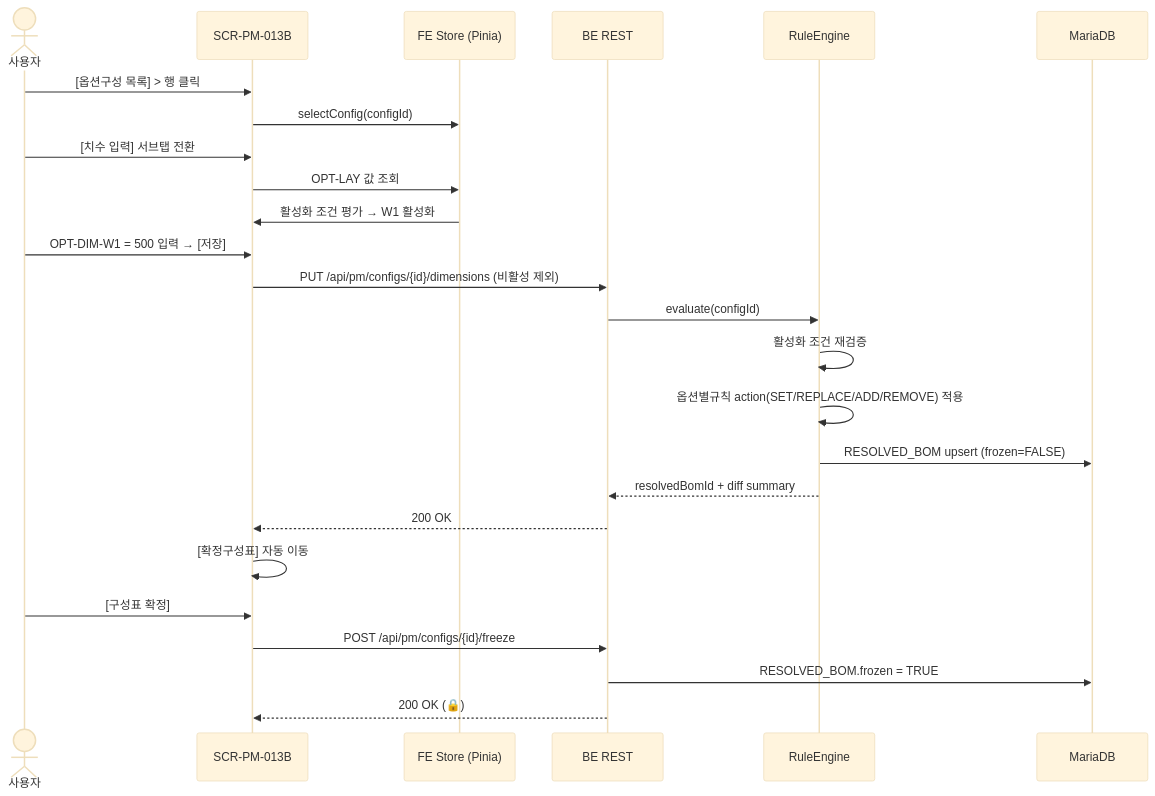
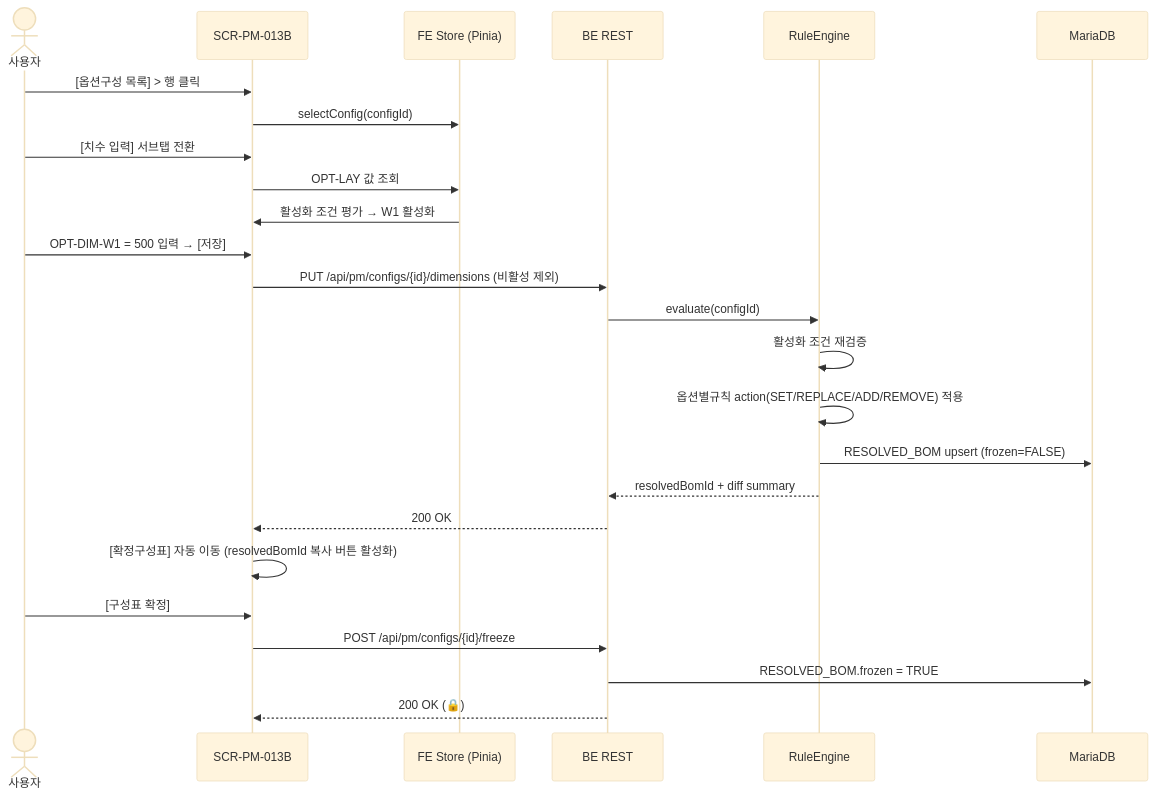
The third of 3 diagrams in docs/3_DE(설계)/DE22-1_화면설계서/sections/05_BOM관리.md (team-codecraft/wims2.0), drawn with Mermaid (base theme) before and after one commit. The commit also changed other lines of this file and 78 other files, not shown here.

````diff
--- a/docs/3_DE(설계)/DE22-1_화면설계서/sections/05_BOM관리.md
+++ b/docs/3_DE(설계)/DE22-1_화면설계서/sections/05_BOM관리.md
@@ -562,28 +691,28 @@
 ```mermaid
 sequenceDiagram
   actor User as 사용자
   participant UI as SCR-PM-013B
   participant FE as FE Store (Pinia)
   participant API as BE REST
   participant RE as RuleEngine
   participant DB as MariaDB
 
   User->>UI: [옵션구성 목록] > 행 클릭
   UI->>FE: selectConfig(configId)
   User->>UI: [치수 입력] 서브탭 전환
   UI->>FE: OPT-LAY 값 조회
   FE->>UI: 활성화 조건 평가 → W1 활성화
   User->>UI: OPT-DIM-W1 = 500 입력 → [저장]
   UI->>API: PUT /api/pm/configs/{id}/dimensions (비활성 제외)
   API->>RE: evaluate(configId)
   RE->>RE: 활성화 조건 재검증
   RE->>RE: 옵션별규칙 action(SET/REPLACE/ADD/REMOVE) 적용
   RE->>DB: RESOLVED_BOM upsert (frozen=FALSE)
   RE-->>API: resolvedBomId + diff summary
   API-->>UI: 200 OK
-  UI->>UI: [확정구성표] 자동 이동
+  UI->>UI: [확정구성표] 자동 이동 (resolvedBomId 복사 버튼 활성화)
   User->>UI: [구성표 확정]
   UI->>API: POST /api/pm/configs/{id}/freeze
   API->>DB: RESOLVED_BOM.frozen = TRUE
   API-->>UI: 200 OK (🔒)
 ```
````
